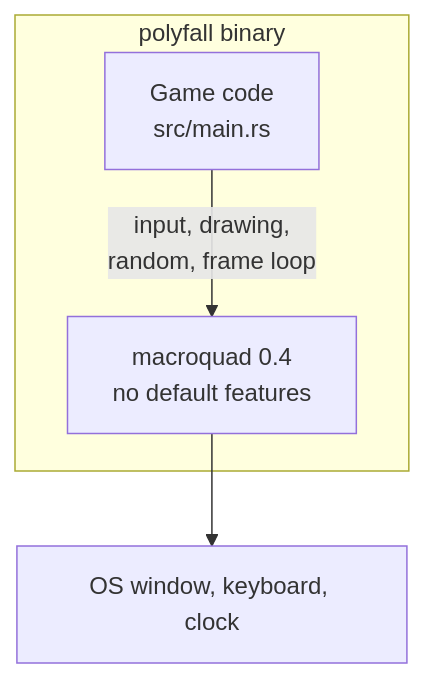
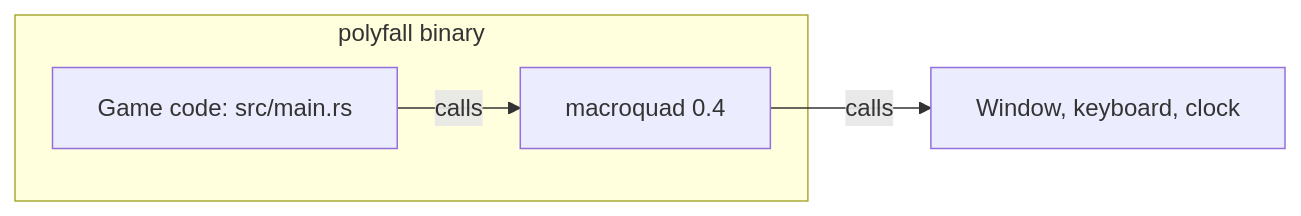
The diagram in docs/architecture/containers.md (chussenot/polyfall), drawn with Mermaid before and after one commit. The commit also changed other lines of this file and 12 other files, not shown here.

````diff
--- a/docs/architecture/containers.md
+++ b/docs/architecture/containers.md
@@ -18,10 +23,10 @@
 ```mermaid
-flowchart TB
-    subgraph Binary[polyfall binary]
-        Code[Game code<br/>src/main.rs]
-        MQ[macroquad 0.4<br/>no default features]
-        Code -->|input, drawing,<br/>random, frame loop| MQ
+flowchart LR
+    subgraph Binary["polyfall binary"]
+        Code["Game code: src/main.rs"]
+        MQ["macroquad 0.4"]
     end
-    OS[OS window, keyboard, clock]
-    MQ --> OS
+    OS["Window, keyboard, clock"]
+    Code -->|"calls"| MQ
+    MQ -->|"calls"| OS
 ```
````
